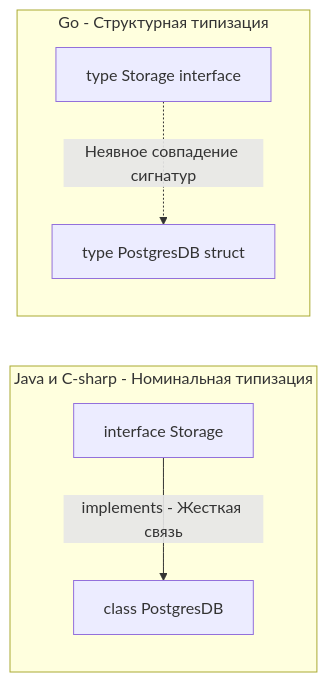
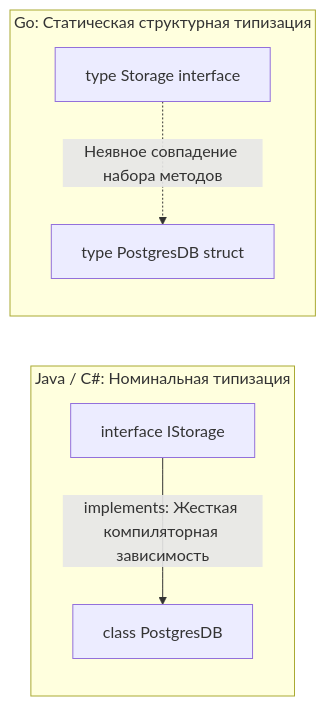
The first of 2 diagrams in sources/4. История и философия Go/15. Duck Typing и неявная реализация интерфейсов.md (UnrealTemplier/go-textbook), drawn with Mermaid before and after one commit. The commit also changed other lines of this file, not shown here.

Commit message:
feat(module-04): editorial rewrite of Lecture 15 (Duck Typing and implicit interface implementation) in Kernighan style

````diff
--- a/sources/4. История и философия Go/15. Duck Typing и неявная реализация интерфейсов.md
+++ b/sources/4. История и философия Go/15. Duck Typing и неявная реализация интерфейсов.md
@@ -18,9 +26,10 @@
 ```mermaid
 flowchart LR
-    subgraph NOMINAL_TYPING ["Java и C-sharp - Номинальная типизация"]
-        A_INTERFACE["interface Storage"] -->|"implements - Жесткая связь"| B_CLASS["class PostgresDB"]
+    subgraph NOMINAL_TYPING ["Java / C#: Номинальная типизация"]
+        A_INTERFACE["interface IStorage"] -->|"implements: Жесткая компиляторная зависимость"| B_CLASS["class PostgresDB"]
     end
-    subgraph STRUCTURAL_TYPING ["Go - Структурная типизация"]
-        C_INTERFACE["type Storage interface"] -.->|"Неявное совпадение сигнатур"| D_STRUCT["type PostgresDB struct"]
+
+    subgraph STRUCTURAL_TYPING ["Go: Статическая структурная типизация"]
+        C_INTERFACE["type Storage interface"] -.->|"Неявное совпадение набора методов"| D_STRUCT["type PostgresDB struct"]
     end
 ```
````
